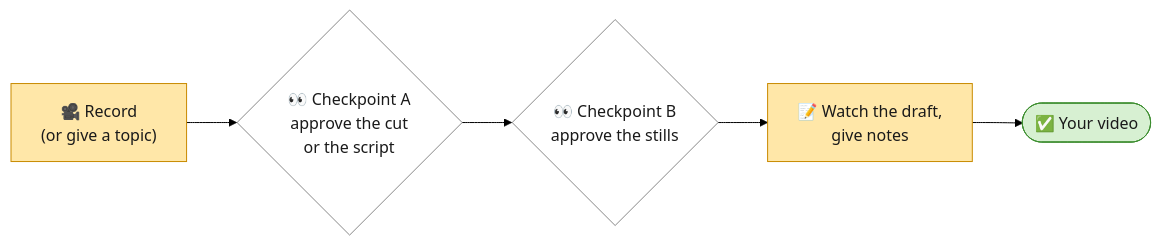
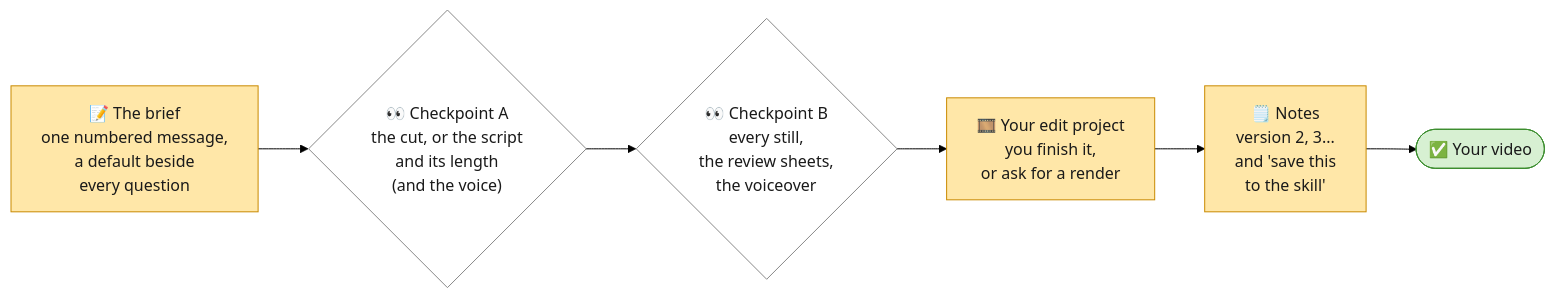
The second of 2 diagrams in README.md (harshilsaini26/Video-Workflow), drawn with Mermaid (forest theme) before and after one commit. The commit also changed other lines of this file, not shown here.

````diff
--- a/README.md
+++ b/README.md
@@ -69,10 +87,11 @@
 ```mermaid
 flowchart LR
-    A["🎥 Record<br/>(or give a topic)"]:::you --> B{"👀 Checkpoint A<br/>approve the cut<br/>or the script"}:::ask
-    B --> C{"👀 Checkpoint B<br/>approve the stills"}:::ask
-    C --> D["📝 Watch the draft,<br/>give notes"]:::you
-    D --> E(["✅ Your video"]):::done
+    A["📝 The brief<br/>one numbered message,<br/>a default beside<br/>every question"]:::you --> B{"👀 Checkpoint A<br/>the cut, or the script<br/>and its length<br/>(and the voice)"}:::ask
+    B --> C{"👀 Checkpoint B<br/>every still,<br/>the review sheets,<br/>the voiceover"}:::ask
+    C --> D["🎞️ Your edit project<br/>you finish it,<br/>or ask for a render"]:::you
+    D --> E["🗒️ Notes<br/>version 2, 3...<br/>and 'save this<br/>to the skill'"]:::you
+    E --> F(["✅ Your video"]):::done
     classDef you fill:#FFE7A8,stroke:#C98A00,color:#1a1a1a
     classDef done fill:#D7F0D2,stroke:#3C8D2F,color:#1a1a1a
     classDef ask fill:#FFFFFF,stroke:#888888,color:#1a1a1a
 ```
````
